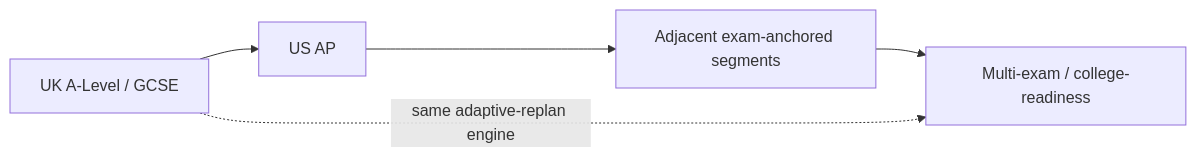
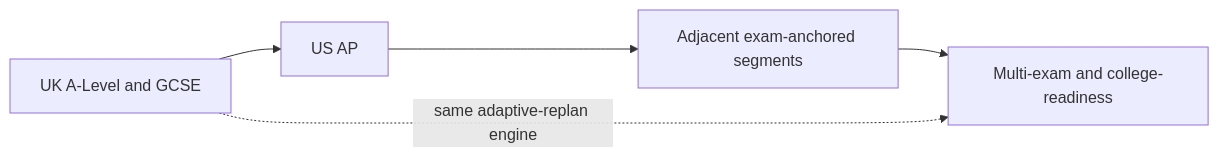
Before and after one commit to adam-sabri09/Pace: diagram 14 of 14 in market-research-hs.md, drawn with Mermaid. The commit also changed other lines of this file, not shown here.

First line of the commit message:
docs(research): harden Part II mermaid for cross-renderer compatibility

````diff
--- a/market-research-hs.md
+++ b/market-research-hs.md
@@ -848,5 +854,5 @@
 ```mermaid
 flowchart LR
-    S1["UK A-Level / GCSE"] --> S2["US AP"] --> S3["Adjacent exam-anchored segments"] --> S4["Multi-exam / college-readiness"]
-    S1 -. "same adaptive-replan engine" .-> S4
+    S1["UK A-Level and GCSE"] --> S2["US AP"] --> S3["Adjacent exam-anchored segments"] --> S4["Multi-exam and college-readiness"]
+    S1 -.->|same adaptive-replan engine| S4
 ```
````
